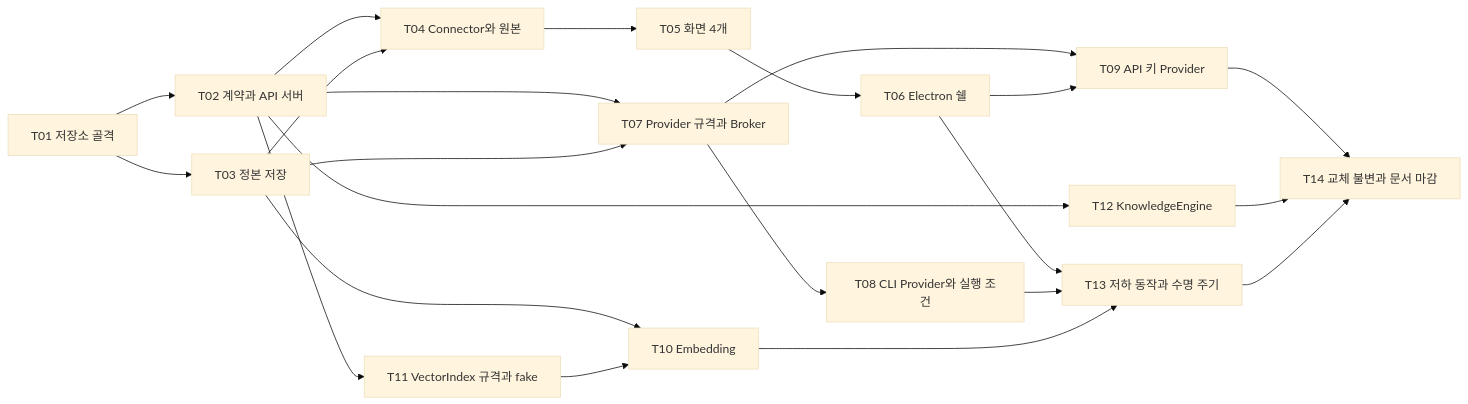
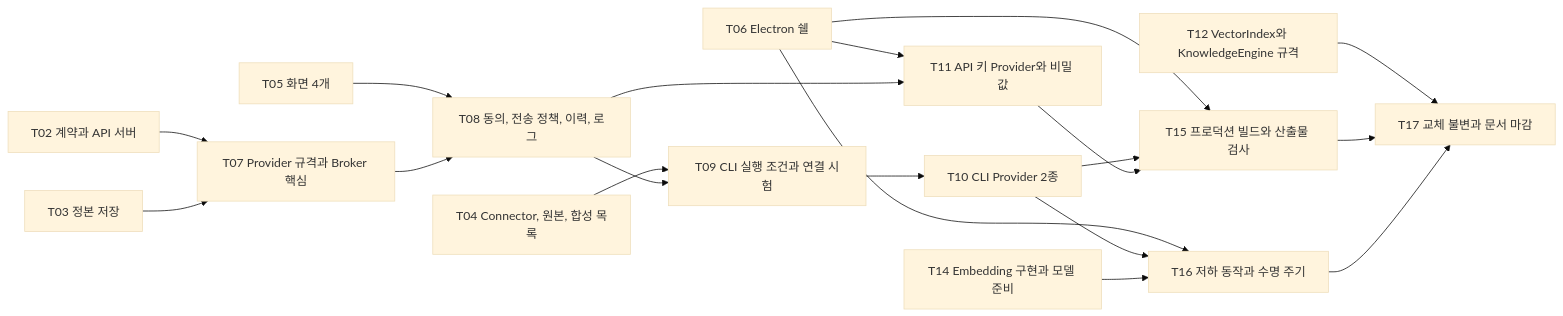
The third of 3 diagrams in docs/specs/2026-11-21-V01-vertical-skeleton.md (nohdol97/PKI), drawn with Mermaid (base theme) before and after one commit. The commit also changed other lines of this file and 13 other files, not shown here.

````diff
--- a/docs/specs/2026-11-21-V01-vertical-skeleton.md
+++ b/docs/specs/2026-11-21-V01-vertical-skeleton.md
@@ -153,24 +181,21 @@
 ```mermaid
 flowchart LR
-  T01["T01 저장소 골격"] --> T02["T02 계약과 API 서버"]
-  T01 --> T03["T03 정본 저장"]
-  T02 --> T04["T04 Connector와 원본"]
-  T03 --> T04
-  T04 --> T05["T05 화면 4개"]
-  T05 --> T06["T06 Electron 쉘"]
-  T02 --> T07["T07 Provider 규격과 Broker"]
-  T03 --> T07
-  T07 --> T08["T08 CLI Provider와 실행 조건"]
-  T07 --> T09["T09 API 키 Provider"]
-  T06 --> T09
-  T02 --> T11["T11 VectorIndex 규격과 fake"]
-  T03 --> T10["T10 Embedding"]
-  T11 --> T10
-  T02 --> T12["T12 KnowledgeEngine"]
-  T06 --> T13["T13 저하 동작과 수명 주기"]
-  T08 --> T13
-  T10 --> T13
-  T09 --> T14["T14 교체 불변과 문서 마감"]
-  T12 --> T14
-  T13 --> T14
+  T02["T02 계약과 API 서버"] --> T07["T07 Provider 규격과 Broker 핵심"]
+  T03["T03 정본 저장"] --> T07
+  T05["T05 화면 4개"] --> T08["T08 동의, 전송 정책, 이력, 로그"]
+  T07 --> T08
+  T04["T04 Connector, 원본, 합성 목록"] --> T09["T09 CLI 실행 조건과 연결 시험"]
+  T08 --> T09
+  T09 --> T10["T10 CLI Provider 2종"]
+  T06["T06 Electron 쉘"] --> T11["T11 API 키 Provider와 비밀 값"]
+  T08 --> T11
+  T06 --> T15["T15 프로덕션 빌드와 산출물 검사"]
+  T10 --> T15
+  T11 --> T15
+  T06 --> T16["T16 저하 동작과 수명 주기"]
+  T10 --> T16
+  T14["T14 Embedding 구현과 모델 준비"] --> T16
+  T12["T12 VectorIndex와 KnowledgeEngine 규격"] --> T17["T17 교체 불변과 문서 마감"]
+  T15 --> T17
+  T16 --> T17
 ```
````
